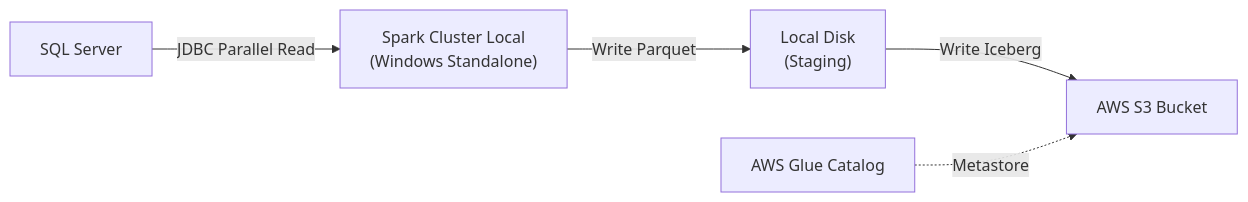
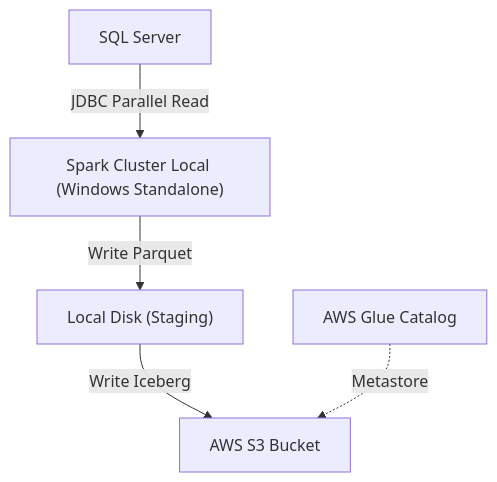
Before and after one commit to Marcus-Holanda777/spark-windows-glue: the diagram in README.md, drawn with Mermaid.

Commit message:
feat(:main:) start projeto

````diff
--- a/README.md
+++ b/README.md
@@ -13,8 +13,8 @@
 ```mermaid
-graph LR
-    SQL[SQL Server] -->|JDBC Parallel Read| Spark["Spark Cluster Local\n(Windows Standalone)"]
-    Spark -->|Write Parquet| LocalStaging["Local Disk\n(Staging)"]
+graph TD
+    SQL[SQL Server] -->|JDBC Parallel Read| Spark["Spark Cluster Local (Windows Standalone)"]
+    Spark -->|Write Parquet| LocalStaging["Local Disk (Staging)"]
     LocalStaging -->|Write Iceberg| S3[AWS S3 Bucket]
     Glue[AWS Glue Catalog] -.->|Metastore| S3
 
 ```
````
